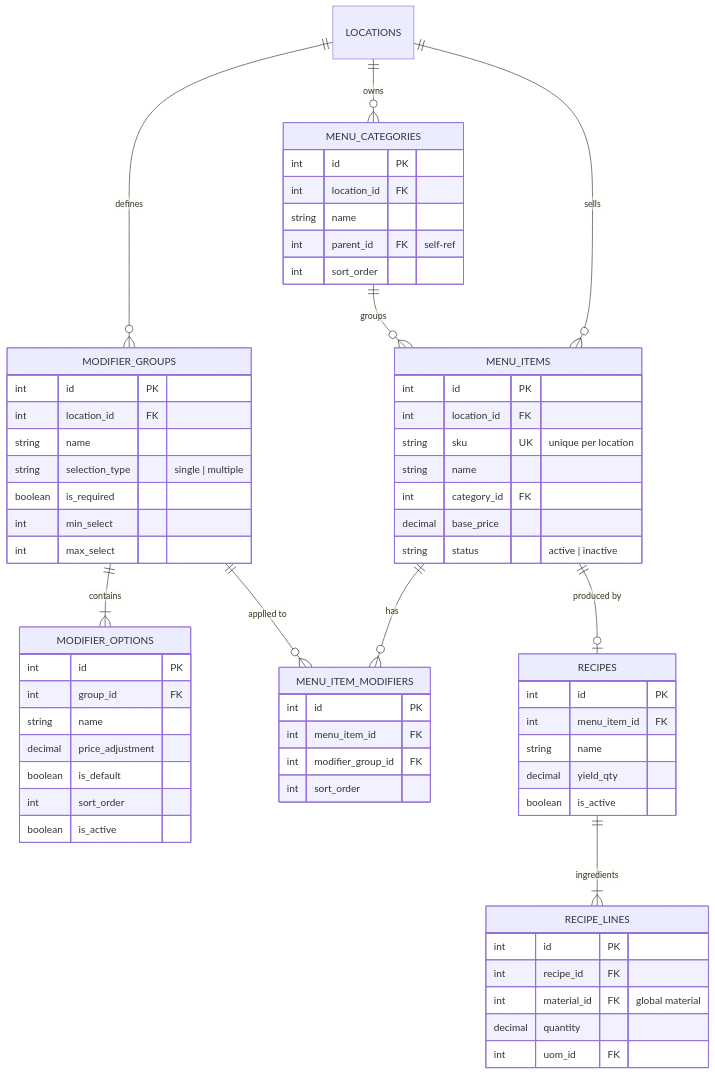
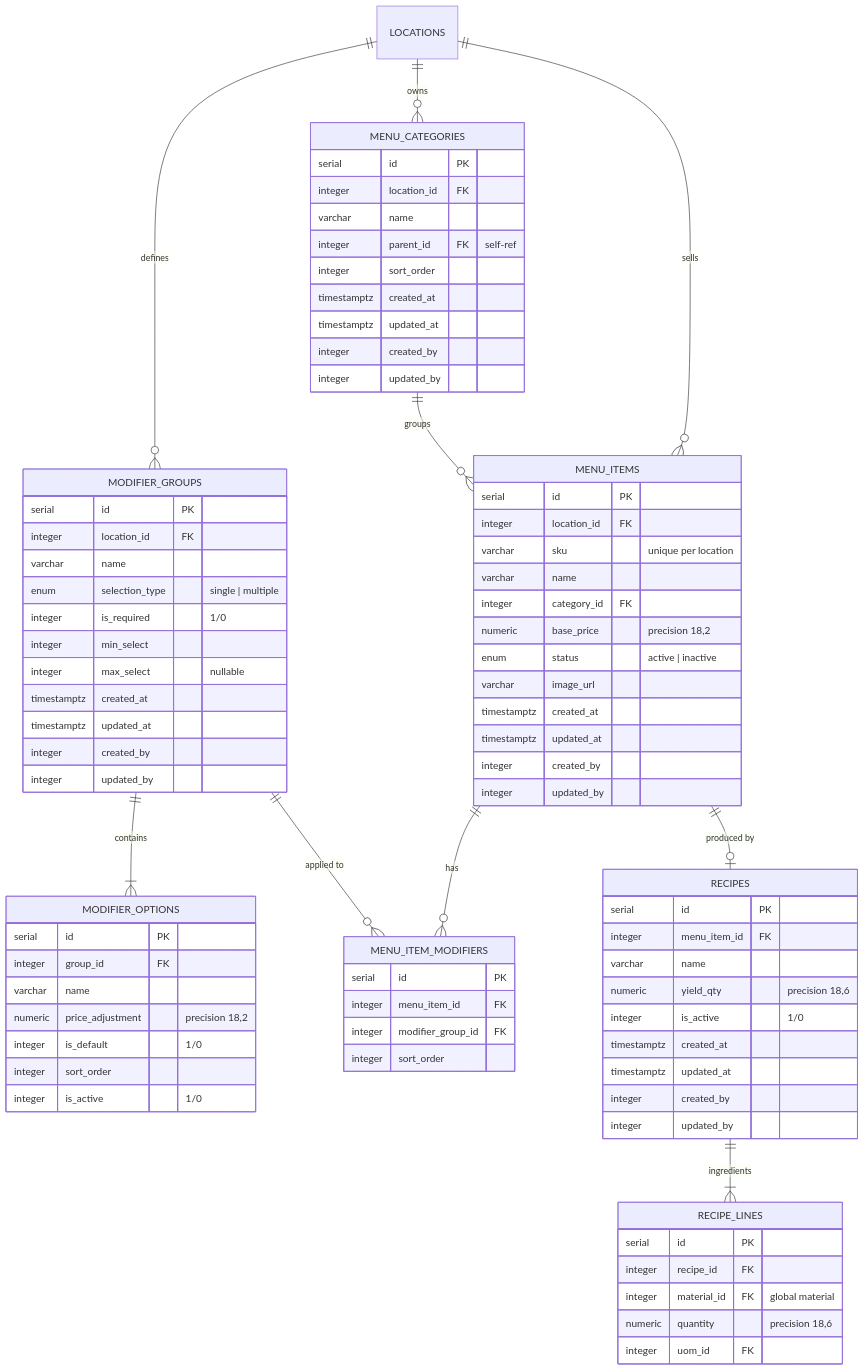
One commit to Ikki-Group/erp changed the diagram in docs/database/erd/menu.md. Above: the diagram before and after it, drawn with Mermaid. The commit also changed other lines of this file and 7 other files, not shown here.

First line of the commit message:
docs(database): update ERD docs and complete Phase 2 task board

````diff
--- a/docs/database/erd/menu.md
+++ b/docs/database/erd/menu.md
@@ -7,58 +7,75 @@
 ```mermaid
 erDiagram
     MENU_CATEGORIES {
-        int id PK
-        int location_id FK
-        string name
-        int parent_id FK "self-ref"
-        int sort_order
+        serial id PK
+        integer location_id FK
+        varchar name
+        integer parent_id FK "self-ref"
+        integer sort_order
+        timestamptz created_at
+        timestamptz updated_at
+        integer created_by
+        integer updated_by
     }
     MENU_ITEMS {
-        int id PK
-        int location_id FK
-        string sku UK "unique per location"
-        string name
-        int category_id FK
-        decimal base_price
-        string status "active | inactive"
+        serial id PK
+        integer location_id FK
+        varchar sku "unique per location"
+        varchar name
+        integer category_id FK
+        numeric base_price "precision 18,2"
+        enum status "active | inactive"
+        varchar image_url
+        timestamptz created_at
+        timestamptz updated_at
+        integer created_by
+        integer updated_by
     }
     MODIFIER_GROUPS {
-        int id PK
-        int location_id FK
-        string name
-        string selection_type "single | multiple"
-        boolean is_required
-        int min_select
-        int max_select
+        serial id PK
+        integer location_id FK
+        varchar name
+        enum selection_type "single | multiple"
+        integer is_required "1/0"
+        integer min_select
+        integer max_select "nullable"
+        timestamptz created_at
+        timestamptz updated_at
+        integer created_by
+        integer updated_by
     }
     MODIFIER_OPTIONS {
-        int id PK
-        int group_id FK
-        string name
-        decimal price_adjustment
-        boolean is_default
-        int sort_order
-        boolean is_active
+        serial id PK
+        integer group_id FK
+        varchar name
+        numeric price_adjustment "precision 18,2"
+        integer is_default "1/0"
+        integer sort_order
+        integer is_active "1/0"
     }
     MENU_ITEM_MODIFIERS {
-        int id PK
-        int menu_item_id FK
-        int modifier_group_id FK
-        int sort_order
+        serial id PK
+        integer menu_item_id FK
+        integer modifier_group_id FK
+        integer sort_order
     }
     RECIPES {
-        int id PK
-        int menu_item_id FK
-        string name
-        decimal yield_qty
-        boolean is_active
+        serial id PK
+        integer menu_item_id FK
+        varchar name
+        numeric yield_qty "precision 18,6"
+        integer is_active "1/0"
+        timestamptz created_at
+        timestamptz updated_at
+        integer created_by
+        integer updated_by
     }
     RECIPE_LINES {
-        int id PK
-        int recipe_id FK
-        int material_id FK "global material"
-        decimal quantity
-        int uom_id FK
+        serial id PK
+        integer recipe_id FK
+        integer material_id FK "global material"
+        numeric quantity "precision 18,6"
+        integer uom_id FK
     }
 
     LOCATIONS ||--o{ MENU_CATEGORIES : "owns"
````
